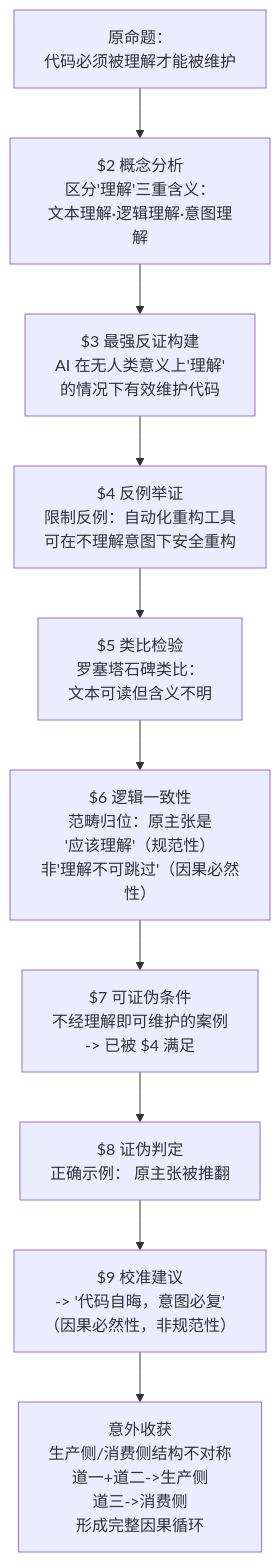
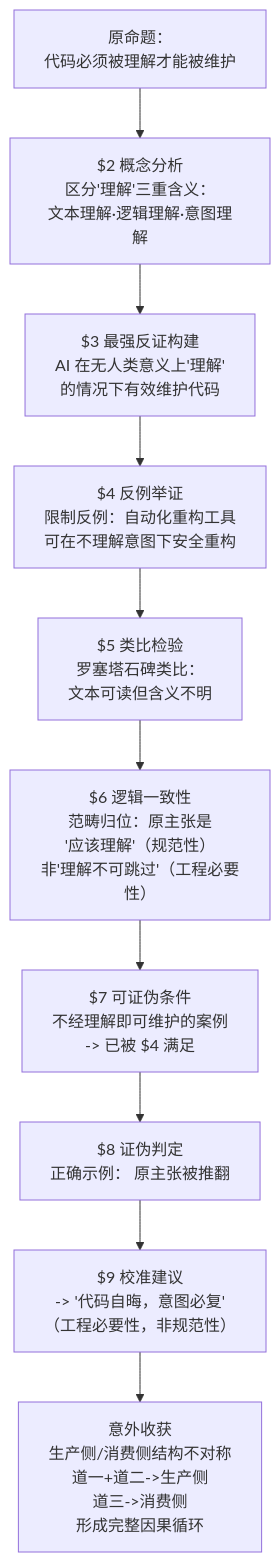
Before and after one commit to sgmov/sihankor: diagram 11 of 13 in docs/specs/philosophy/On-SiHankor-Assay.sih.md, drawn with Mermaid. The commit also changed other lines of this file and 9 other files, not shown here.

````diff
--- a/docs/specs/philosophy/On-SiHankor-Assay.sih.md
+++ b/docs/specs/philosophy/On-SiHankor-Assay.sih.md
@@ -671,13 +671,13 @@
 ```mermaid
 flowchart TD
     Original["原命题：<br/>代码必须被理解才能被维护"] --> S2["$2 概念分析<br/>区分'理解'三重含义：<br/>文本理解·逻辑理解·意图理解"]
     S2 --> S3["$3 最强反证构建<br/>AI 在无人类意义上'理解'<br/>的情况下有效维护代码"]
     S3 --> S4["$4 反例举证<br/>限制反例：自动化重构工具<br/>可在不理解意图下安全重构"]
     S4 --> S5["$5 类比检验<br/>罗塞塔石碑类比：<br/>文本可读但含义不明"]
-    S5 --> S6["$6 逻辑一致性<br/>范畴归位：原主张是<br/>'应该理解'（规范性）<br/>非'理解不可跳过'（因果必然性）"]
+    S5 --> S6["$6 逻辑一致性<br/>范畴归位：原主张是<br/>'应该理解'（规范性）<br/>非'理解不可跳过'（工程必要性）"]
     S6 --> S7["$7 可证伪条件<br/>不经理解即可维护的案例<br/>-> 已被 $4 满足"]
     S7 --> S8["$8 证伪判定<br/>正确示例： 原主张被推翻"]
-    S8 --> S9["$9 校准建议<br/>-> '代码自晦，意图必复'<br/>（因果必然性，非规范性）"]
+    S8 --> S9["$9 校准建议<br/>-> '代码自晦，意图必复'<br/>（工程必要性，非规范性）"]
 
     S9 --> Bonus["意外收获<br/>生产侧/消费侧结构不对称<br/>道一+道二->生产侧<br/>道三->消费侧<br/>形成完整因果循环"]
 ```
````
